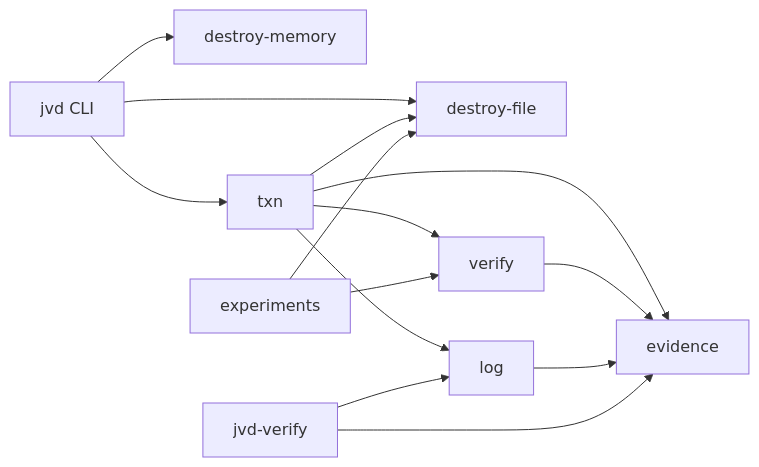
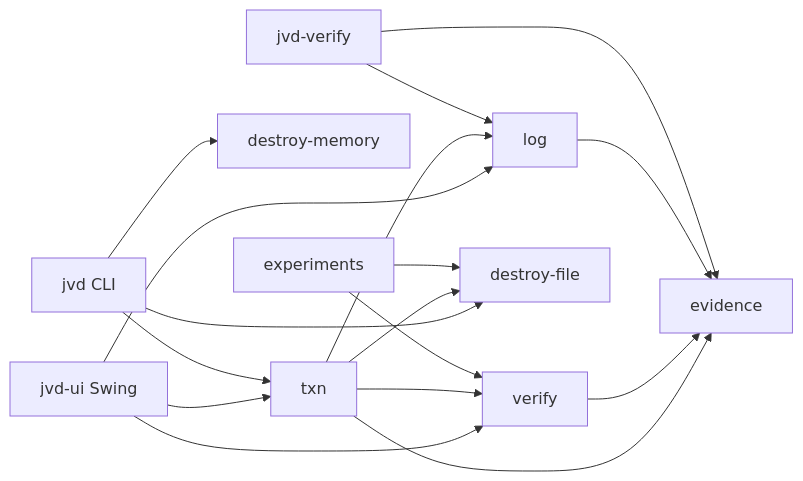
The diagram in README.md (LangerSword/jverifydestroy), drawn with Mermaid before and after one commit. The commit also changed other lines of this file and 8 other files, not shown here.

````diff
--- a/README.md
+++ b/README.md
@@ -55,16 +56,19 @@
 ```mermaid
 flowchart LR
+  UI[jvd-ui Swing] --> TXN
+  UI --> VER
+  UI --> LOG
   CLI[jvd CLI] --> MEM[destroy-memory]
   CLI --> FILE[destroy-file]
   CLI --> TXN[txn]
   TXN --> FILE
   TXN --> VER[verify]
   TXN --> EV[evidence]
   TXN --> LOG[log]
   VER --> EV
   LOG --> EV
   VCLI[jvd-verify] --> LOG
   VCLI --> EV
   EXP[experiments] --> VER
   EXP --> FILE
 ```
````
